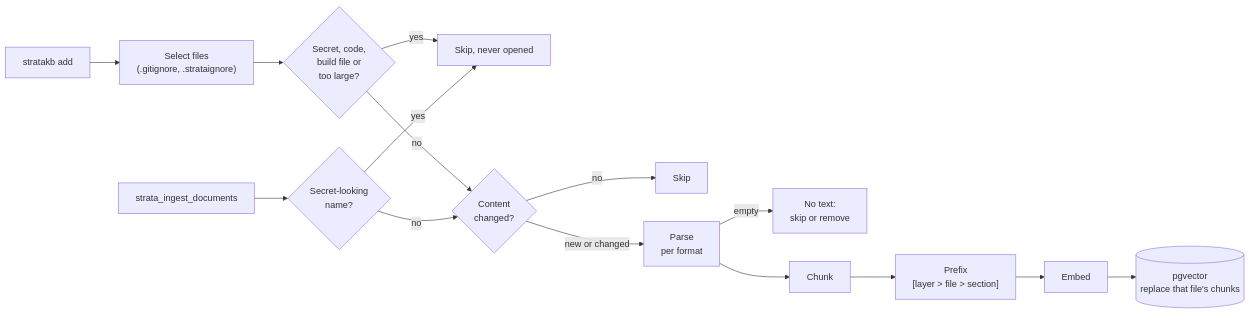
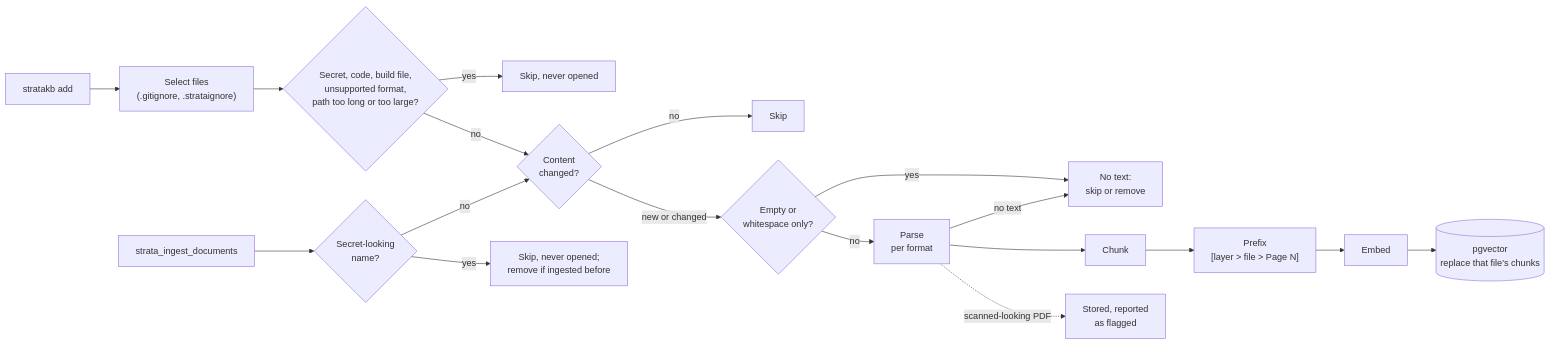
One commit to boudou/StrataKB changed the fourth of 10 diagrams in README.md. Above: the diagram before and after it, drawn with Mermaid. The commit also changed other lines of this file and 3 other files, not shown here.

````diff
--- a/README.md
+++ b/README.md
@@ -114,13 +116,16 @@
 ```mermaid
 flowchart LR
-    add["stratakb add"] --> sel["Select files<br/>(.gitignore, .strataignore)"] --> pol{"Secret, code,<br/>build file or<br/>too large?"}
+    add["stratakb add"] --> sel["Select files<br/>(.gitignore, .strataignore)"] --> pol{"Secret, code, build file,<br/>unsupported format,<br/>path too long or too large?"}
     pol -->|"yes"| k["Skip, never opened"]
     pol -->|"no"| h
     f["strata_ingest_documents"] --> n{"Secret-looking<br/>name?"}
-    n -->|"yes"| k
+    n -->|"yes"| k2["Skip, never opened;<br/>remove if ingested before"]
     n -->|"no"| h{"Content<br/>changed?"}
     h -->|"no"| s["Skip"]
-    h -->|"new or changed"| p["Parse<br/>per format"]
-    p -->|"empty"| t["No text:<br/>skip or remove"]
-    p --> c["Chunk"] --> x["Prefix<br/>[layer > file > section]"] --> e["Embed"] --> v[("pgvector<br/>replace that file's chunks")]
+    h -->|"new or changed"| z{"Empty or<br/>whitespace only?"}
+    z -->|"yes"| t["No text:<br/>skip or remove"]
+    z -->|"no"| p["Parse<br/>per format"]
+    p -->|"no text"| t
+    p --> c["Chunk"] --> x["Prefix<br/>[layer > file > Page N]"] --> e["Embed"] --> v[("pgvector<br/>replace that file's chunks")]
+    p -.->|"scanned-looking PDF"| fl["Stored, reported<br/>as flagged"]
 ```
````
